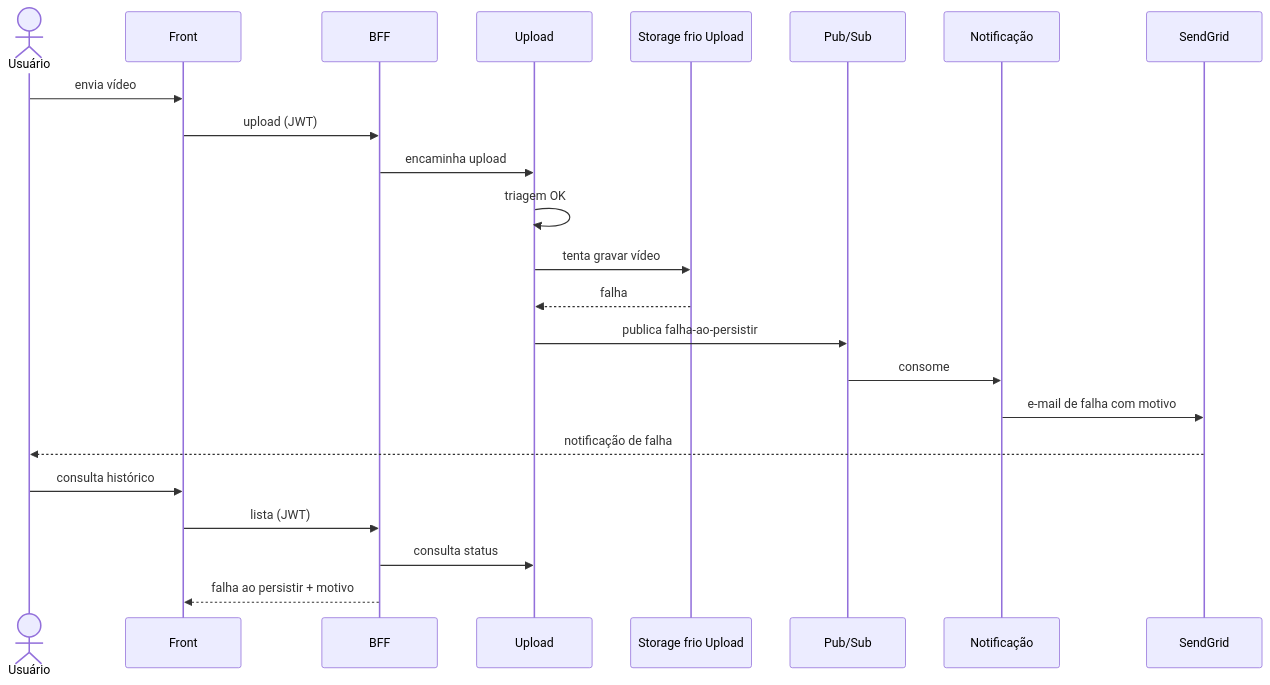
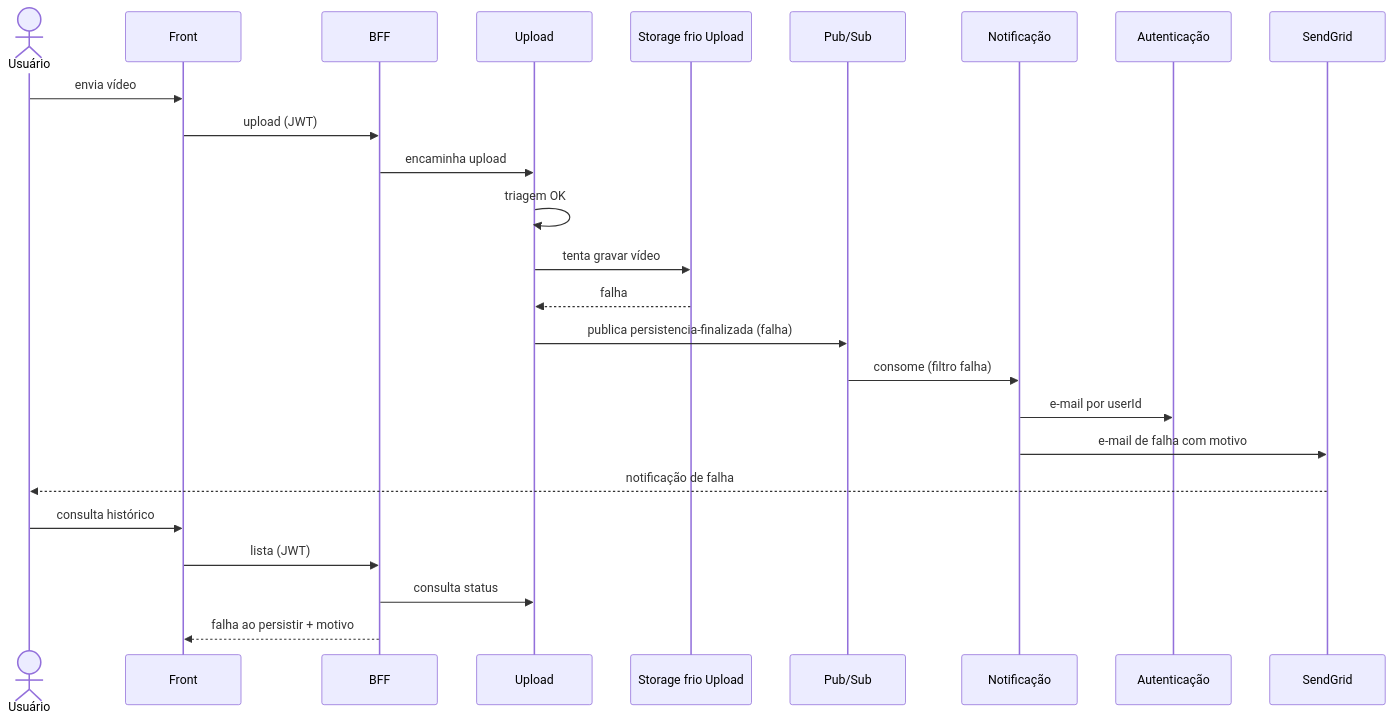
The diagram in fluxo-e-estados/04_falha-ao-persistir.md (fiap-x-vcosta/docs), drawn with Mermaid before and after one commit. The commit also changed 17 other files, not shown here.

Commit message:
docs: desfechos com resultado+filtro; e-mail via Auth por userId

````diff
--- a/fluxo-e-estados/04_falha-ao-persistir.md
+++ b/fluxo-e-estados/04_falha-ao-persistir.md
@@ -1,26 +1,28 @@
 ```mermaid
 sequenceDiagram
   actor U as Usuário
   participant Web as Front
   participant BFF as BFF
   participant Up as Upload
   participant FrioUp as Storage frio Upload
   participant Bus as Pub/Sub
   participant Notif as Notificação
+  participant Auth as Autenticação
   participant SG as SendGrid
 
   U->>Web: envia vídeo
   Web->>BFF: upload (JWT)
   BFF->>Up: encaminha upload
   Up->>Up: triagem OK
   Up->>FrioUp: tenta gravar vídeo
   FrioUp-->>Up: falha
-  Up->>Bus: publica falha-ao-persistir
-  Bus->>Notif: consome
+  Up->>Bus: publica persistencia-finalizada (falha)
+  Bus->>Notif: consome (filtro falha)
+  Notif->>Auth: e-mail por userId
   Notif->>SG: e-mail de falha com motivo
   SG-->>U: notificação de falha
   U->>Web: consulta histórico
   Web->>BFF: lista (JWT)
   BFF->>Up: consulta status
   BFF-->>Web: falha ao persistir + motivo
 ```
````
